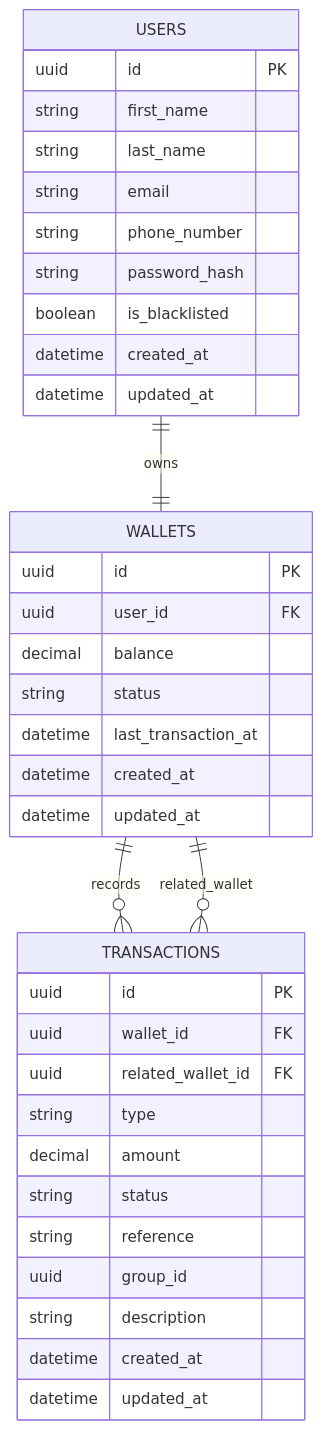
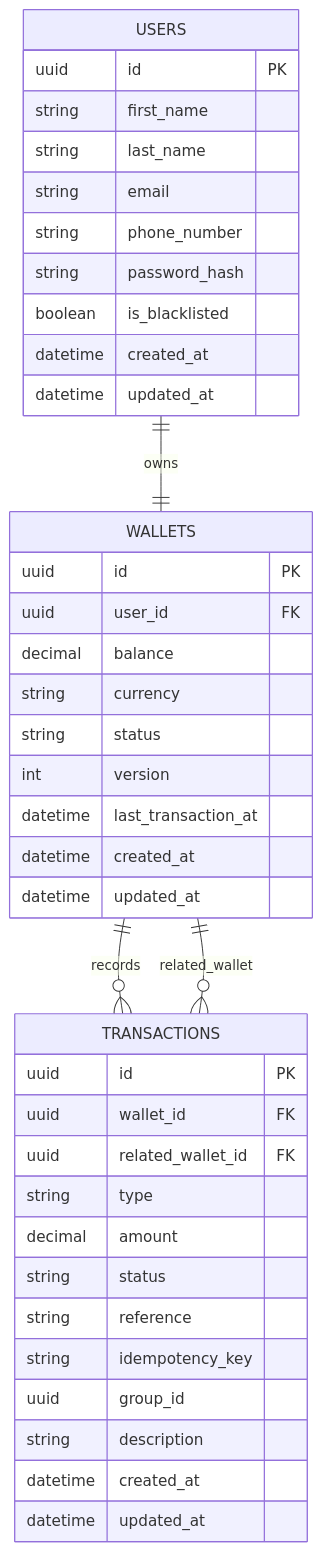
Before and after one commit to bamikefa-adewale/-Lendsqr-assessment: the diagram in README.md, drawn with Mermaid. The commit also changed other lines of this file and 3 other files, not shown here.

First line of the commit message:
fix(wallets): read Idempotency-Key from Express request headers

````diff
--- a/README.md
+++ b/README.md
@@ -145,42 +190,45 @@
 ```mermaid
 erDiagram
     USERS ||--|| WALLETS : owns
     WALLETS ||--o{ TRANSACTIONS : records
     WALLETS ||--o{ TRANSACTIONS : related_wallet
 
     USERS {
         uuid id PK
         string first_name
         string last_name
         string email
         string phone_number
         string password_hash
         boolean is_blacklisted
         datetime created_at
         datetime updated_at
     }
 
     WALLETS {
         uuid id PK
         uuid user_id FK
         decimal balance
+        string currency
         string status
+        int version
         datetime last_transaction_at
         datetime created_at
         datetime updated_at
     }
 
     TRANSACTIONS {
         uuid id PK
         uuid wallet_id FK
         uuid related_wallet_id FK
         string type
         decimal amount
         string status
         string reference
+        string idempotency_key
         uuid group_id
         string description
         datetime created_at
         datetime updated_at
     }
 ```
````
